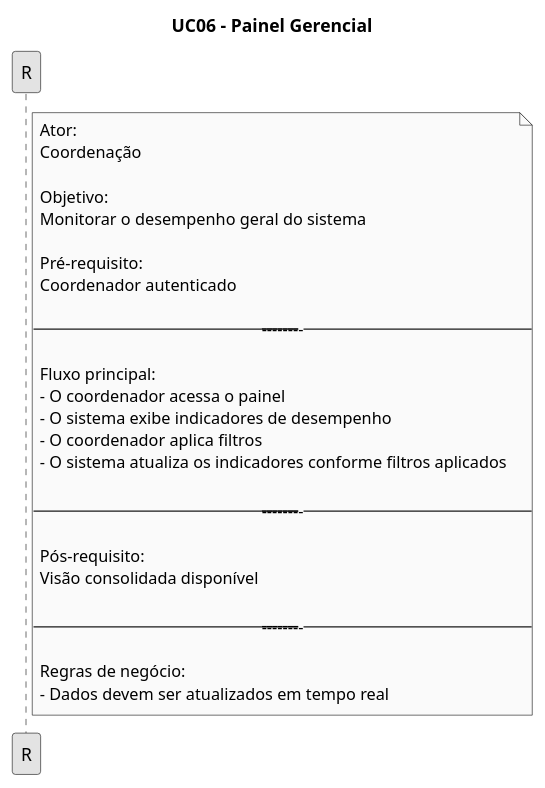
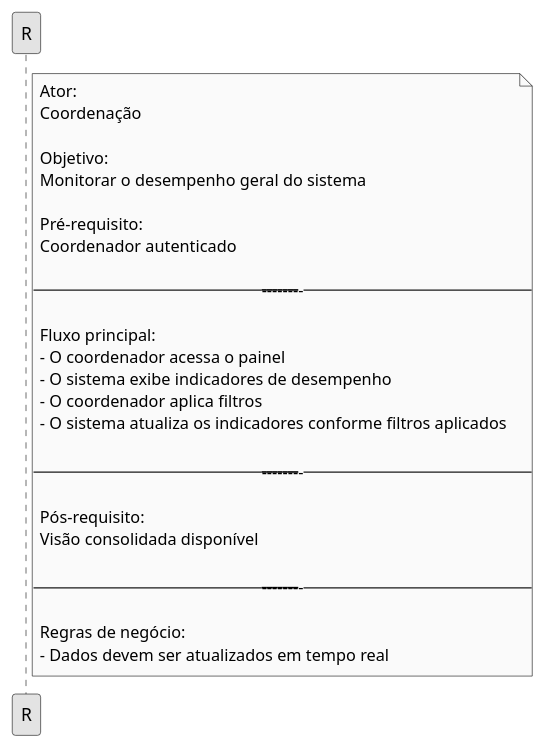
One commit to Projetos-de-Extensao/PBE_26.1_8001_VII changed the sixth of 10 diagrams in docs/Iniciacao/prototipo_baixa_fidelidade.md. Above: the diagram before and after it, drawn with PlantUML. The commit also changed other lines of this file, not shown here.

````diff
--- a/docs/Iniciacao/prototipo_baixa_fidelidade.md
+++ b/docs/Iniciacao/prototipo_baixa_fidelidade.md
@@ -244,39 +243,38 @@
 ```puml
 @startuml
-title UC06 – Painel Gerencial
 
 skinparam monochrome true
 skinparam shadowing false
 
 
 note right of R
 Ator:
 Coordenação
 
 Objetivo:
 Monitorar o desempenho geral do sistema
 
 Pré-requisito:
 Coordenador autenticado
 
 ----------------------------------------
 
 Fluxo principal:
 - O coordenador acessa o painel
 - O sistema exibe indicadores de desempenho
 - O coordenador aplica filtros
 - O sistema atualiza os indicadores conforme filtros aplicados
 
 ----------------------------------------
 
 Pós-requisito:
 Visão consolidada disponível
 
 ----------------------------------------
 
 Regras de negócio:
 - Dados devem ser atualizados em tempo real
 end note
 
 @enduml
 ```
````
